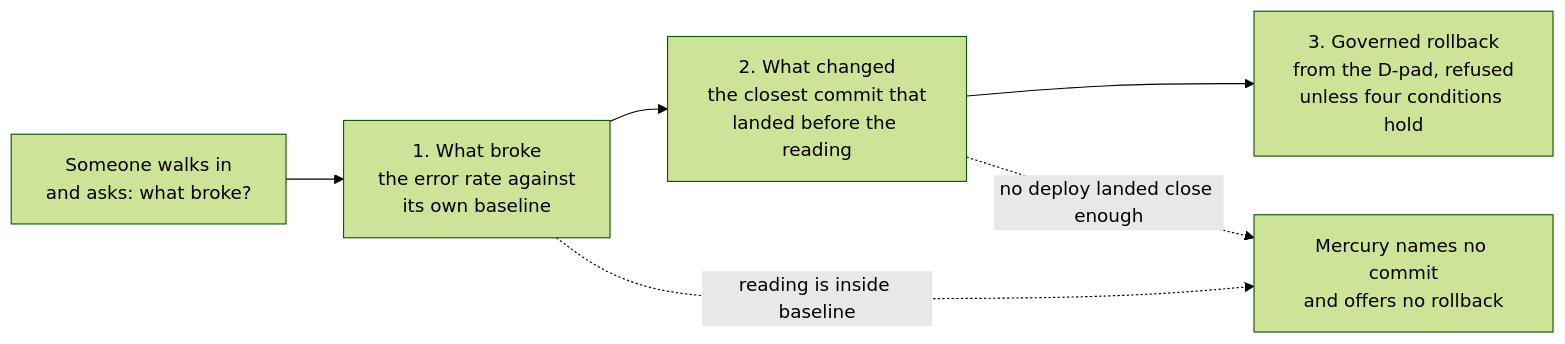
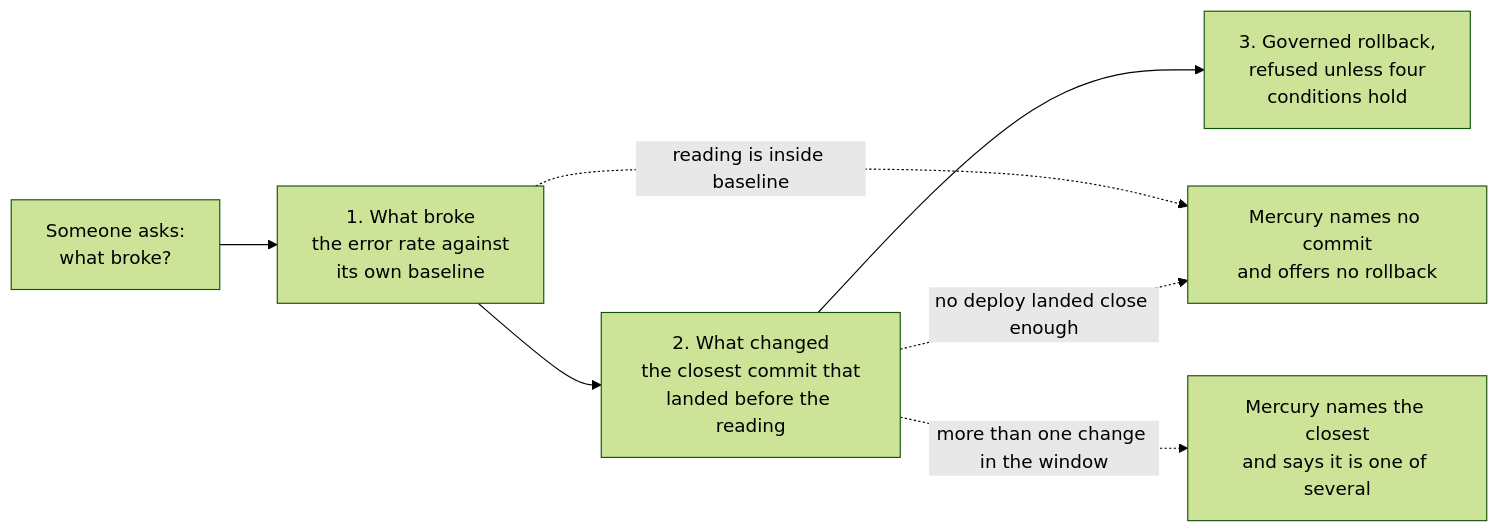
Before and after one commit to upgradedev/mercury_amazon: the first of 3 diagrams in README.md, drawn with Mermaid (forest theme). The commit also changed other lines of this file and 16 other files, not shown here.

````diff
--- a/README.md
+++ b/README.md
@@ -5,9 +5,10 @@
 ```mermaid
 flowchart LR
-    Q["Someone walks in<br/>and asks: what broke?"]
+    Q["Someone asks:<br/>what broke?"]
     Q --> M["1. What broke<br/>the error rate against<br/>its own baseline"]
     M --> C["2. What changed<br/>the closest commit that<br/>landed before the reading"]
-    C --> R["3. Governed rollback<br/>from the D-pad, refused<br/>unless four conditions hold"]
+    C --> R["3. Governed rollback,<br/>refused unless four<br/>conditions hold"]
     M -.->|reading is inside baseline| N["Mercury names no commit<br/>and offers no rollback"]
     C -.->|no deploy landed close enough| N
+    C -.->|more than one change in the window| A["Mercury names the closest<br/>and says it is one of several"]
 ```
````
